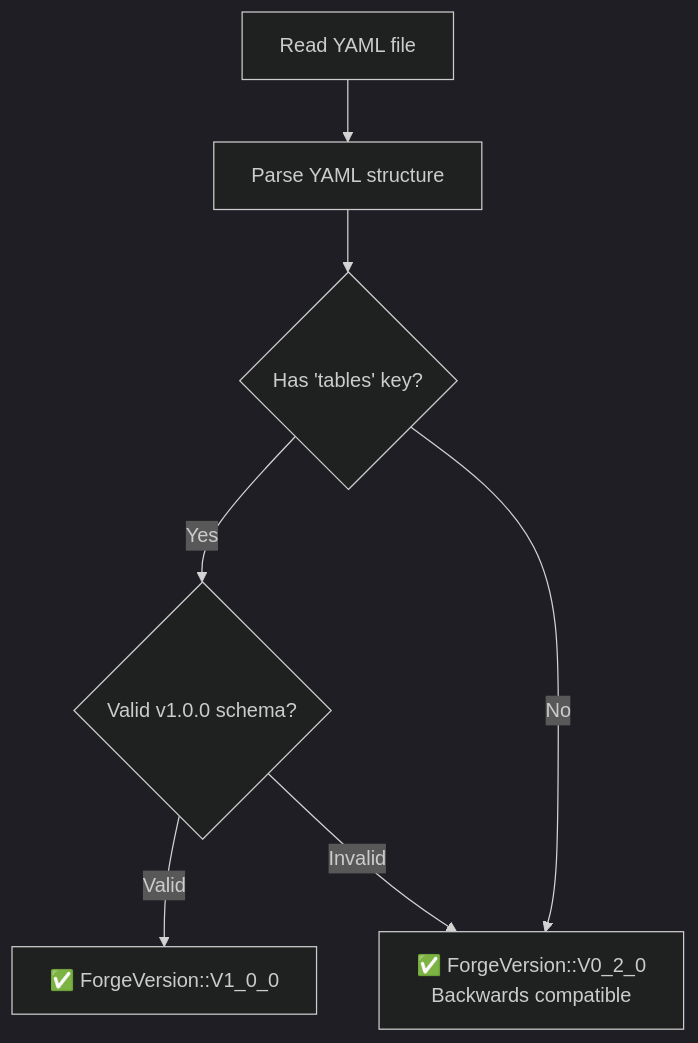
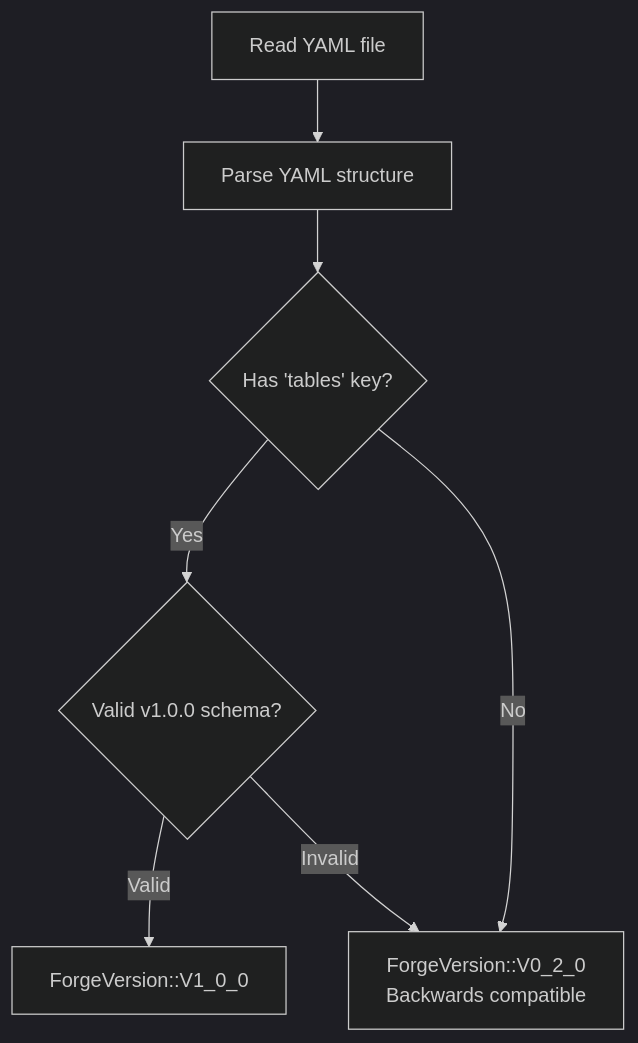
One commit to mollendorff-ai/forge changed the fourth of 7 diagrams in docs/architecture/02-DATA-MODEL.md. Above: the diagram before and after it, drawn with Mermaid (dark theme). The commit also changed 20 other files, not shown here.

````diff
--- a/docs/architecture/02-DATA-MODEL.md
+++ b/docs/architecture/02-DATA-MODEL.md
@@ -676,16 +676,16 @@
 ```mermaid
 graph TB
     Start["Read YAML file"]
     Parse["Parse YAML structure"]
     CheckTables{"Has 'tables' key?"}
     ValidateSchema{"Valid v1.0.0 schema?"}
-    V1["✅ ForgeVersion::V1_0_0"]
-    V0["✅ ForgeVersion::V0_2_0<br/>Backwards compatible"]
+    V1["ForgeVersion::V1_0_0"]
+    V0["ForgeVersion::V0_2_0<br/>Backwards compatible"]
 
     Start --> Parse
     Parse --> CheckTables
     CheckTables -->|Yes| ValidateSchema
     CheckTables -->|No| V0
     ValidateSchema -->|Valid| V1
     ValidateSchema -->|Invalid| V0
 ```
````
